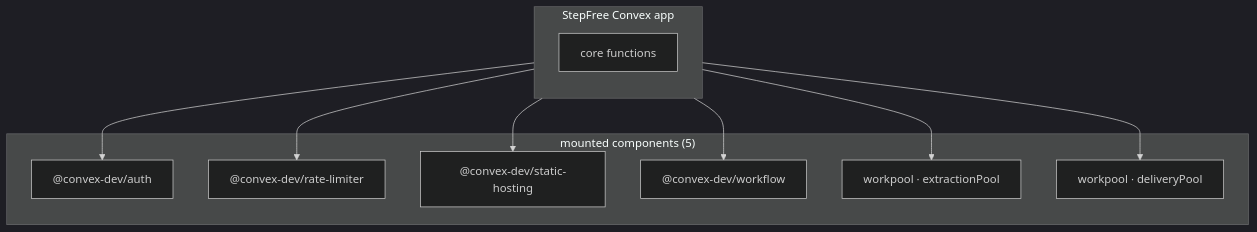
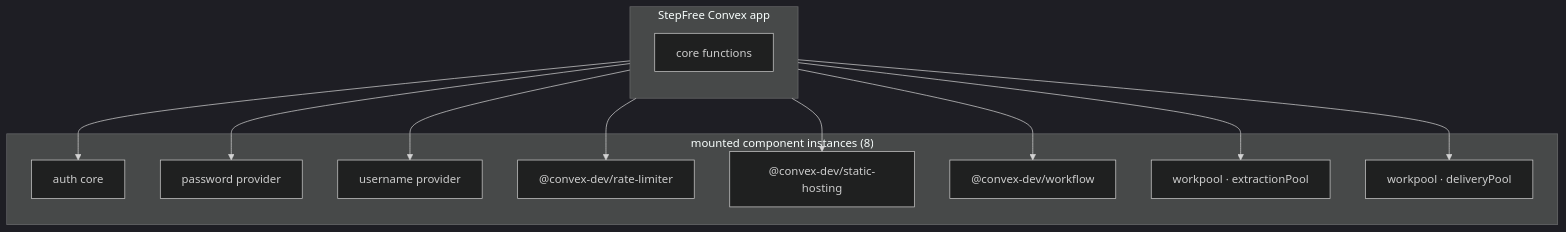
One commit to treasure567/stepfree changed the first of 6 diagrams in docs/architecture.md. Above: the diagram before and after it, drawn with Mermaid (dark theme). The commit also changed other lines of this file and 9 other files, not shown here.

````diff
--- a/docs/architecture.md
+++ b/docs/architecture.md
@@ -29,21 +29,25 @@
 ```mermaid
 flowchart TB
     subgraph App["StepFree Convex app"]
       direction TB
       Core["core functions"]
     end
-    subgraph Components["mounted components (5)"]
-      Auth["@convex-dev/auth"]
+    subgraph Components["mounted component instances (8)"]
+      Auth["auth core"]
+      Password["password provider"]
+      Username["username provider"]
       RL["@convex-dev/rate-limiter"]
       SH["@convex-dev/static-hosting"]
       WF["@convex-dev/workflow"]
       WPx["workpool · extractionPool"]
       WPd["workpool · deliveryPool"]
     end
     App --> Auth
+    App --> Password
+    App --> Username
     App --> RL
     App --> SH
     App --> WF
     App --> WPx
     App --> WPd
 ```
````
